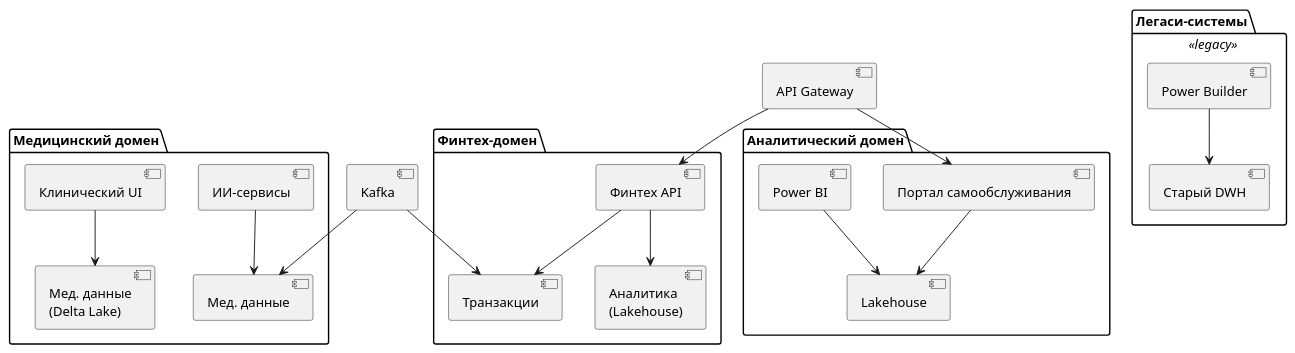
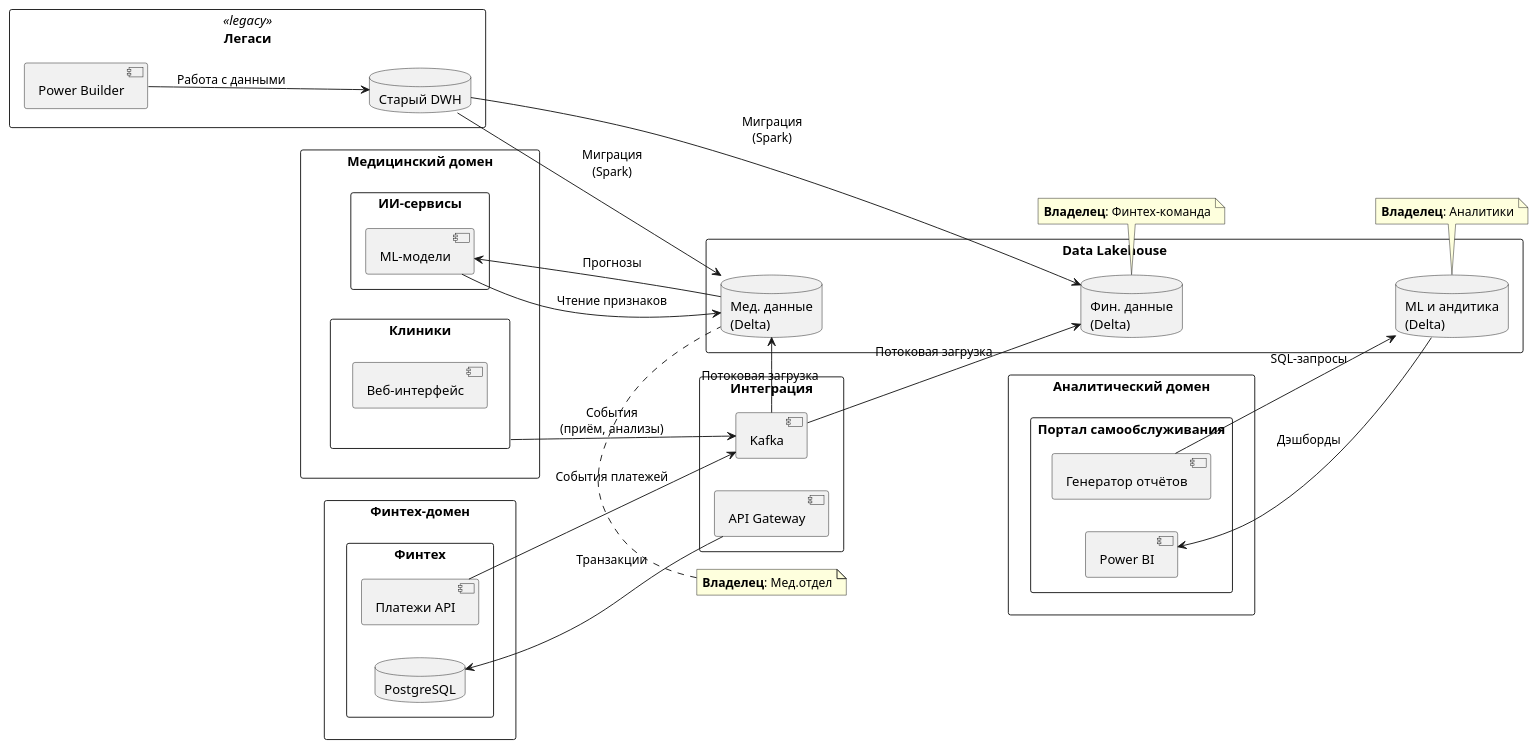
One commit to sdilman/architecture-future_2_0 changed the diagram in Task2/domain.puml. Above: the diagram before and after it, drawn with PlantUML. The commit also changed 6 other files, not shown here.

```diff
--- a/Task2/domain.puml
+++ b/Task2/domain.puml
@@ -1,27 +1,83 @@
-@startuml Будущее_2.0_Домены
+@startuml Будущее_2.0_Доменный_Lakehouse
 
-package "Медицинский домен" {
-  [Клинический UI] --> [Мед. данные\n(Delta Lake)]
-  [ИИ-сервисы] --> [Мед. данные]
+left to right direction
+
+' === Домены ===
+rectangle "**Медицинский домен**" as medical_domain {
+  rectangle "Клиники" {
+    component "Веб-интерфейс"
+  }
+  rectangle "ИИ-сервисы" {
+    component "ML-модели"
+  }
 }
 
-package "Финтех-домен" {
-  [Финтех API] --> [Транзакции]
-  [Финтех API] --> [Аналитика\n(Lakehouse)]
+rectangle "**Финтех-домен**" as fintech_domain {
+  rectangle "Финтех" {
+    component "Платежи API"
+    database "PostgreSQL"
+  }
 }
 
-package "Аналитический домен" {
-  [Портал самообслуживания] --> [Lakehouse]
-  [Power BI] --> [Lakehouse]
+rectangle "**Аналитический домен**" as analytics_domain {
+  rectangle "Портал самообслуживания" {
+    component "Генератор отчётов"
+    component "Power BI"
+  }
 }
 
-package "Легаси-системы" <<legacy>> {
-  [Power Builder] --> [Старый DWH]
+' === Общая инфраструктура ===
+rectangle "**Data Lakehouse**" as lakehouse {
+  database "Мед. данные\n(Delta)" as medical_data
+  database "Фин. данные\n(Delta)" as finance_data
+  database "ML и андитика\n(Delta)" as analyst_metadata
+  
+  medical_data -[hidden]-> finance_data
+  finance_data -[hidden]-> analyst_metadata
 }
 
-[Kafka] --> [Транзакции]
-[Kafka] --> [Мед. данные]
-[API Gateway] --> [Финтех API]
-[API Gateway] --> [Портал самообслуживания]
+rectangle "Интеграция" {
+  component "Kafka"
+  component "API Gateway"
+}
+
+rectangle "Легаси" <<legacy>> {
+  component "Power Builder"
+  database "Старый DWH"
+}
+
+' === Потоки данных ===
+' Медицинский домен
+"Клиники" --> "Kafka" : "События\n(приём, анализы)"
+"Kafka" --> medical_data : "Потоковая загрузка"
+"ML-модели" --> medical_data : "Чтение признаков"
+medical_data --> "ML-модели" : "Прогнозы"
+
+' Финтех-домен
+"Платежи API" --> "Kafka" : "События платежей"
+"Kafka" --> finance_data : "Потоковая загрузка"
+"API Gateway" --> "PostgreSQL" : "Транзакции"
+
+' Аналитический домен
+"Генератор отчётов" --> analyst_metadata : "SQL-запросы"
+analyst_metadata --> "Power BI" : "Дэшборды"
+
+' Легаси и миграция
+"Power Builder" --> "Старый DWH" : "Работа с данными"
+"Старый DWH" --> medical_data : "Миграция\n(Spark)"
+"Старый DWH" --> finance_data : "Миграция\n(Spark)"
+
+' === Разграничение доступа ===
+note top of medical_data
+  **Владелец**: Мед.отдел
+end note
+
+note top of finance_data
+  **Владелец**: Финтех-команда
+end note
+
+note top of analyst_metadata
+  **Владелец**: Аналитики
+end note
 
 @enduml
```
